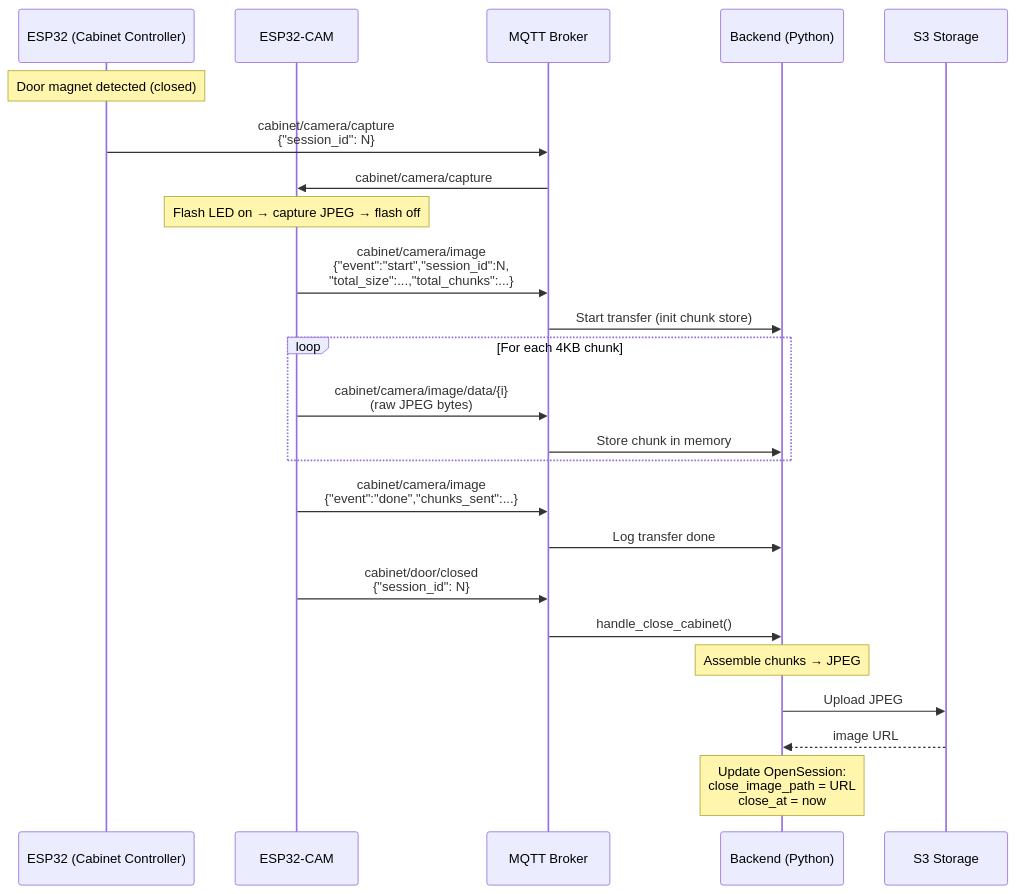
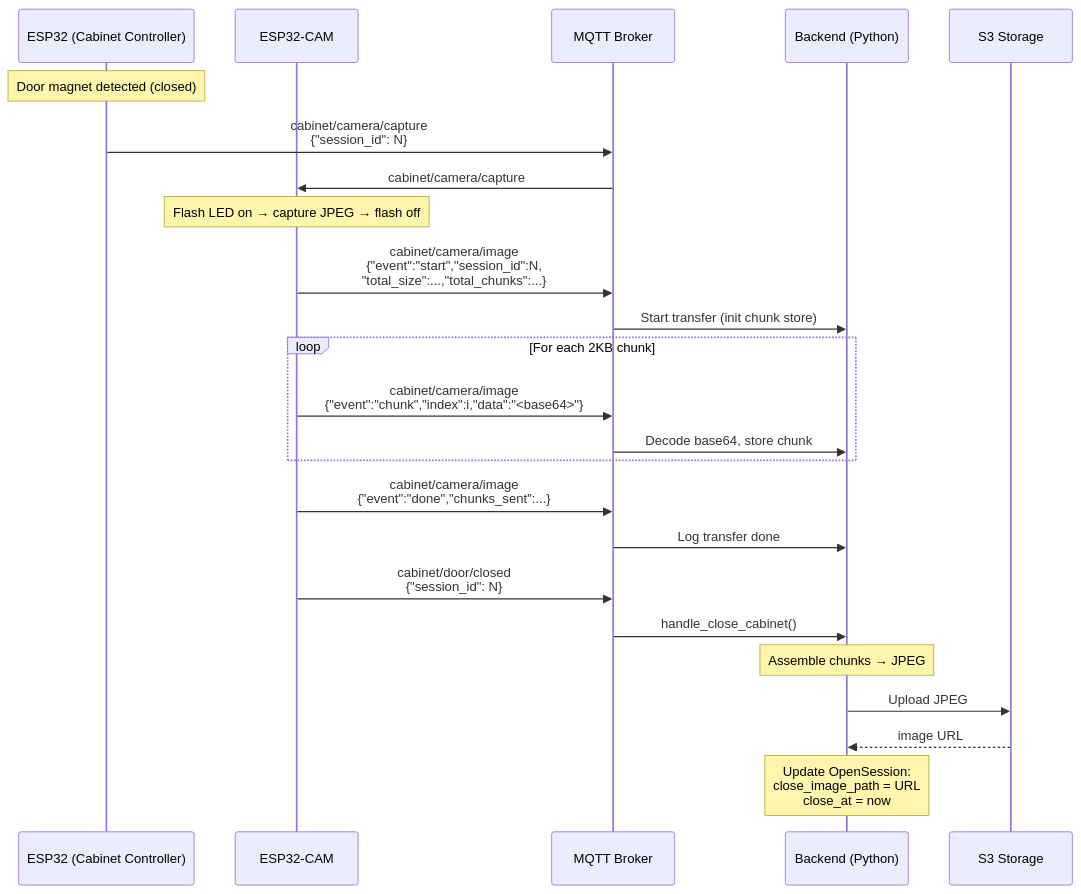
Before and after one commit to pongchanan/inventory_software: the diagram in cabinet/firmware/DOOR_CLOSE_FLOW.md, drawn with Mermaid. The commit also changed other lines of this file and 4 other files, not shown here.

````diff
--- a/cabinet/firmware/DOOR_CLOSE_FLOW.md
+++ b/cabinet/firmware/DOOR_CLOSE_FLOW.md
@@ -9,36 +9,36 @@
 ```mermaid
 sequenceDiagram
     participant ESP32 as ESP32 (Cabinet Controller)
     participant CAM as ESP32-CAM
     participant MQTT as MQTT Broker
     participant Backend as Backend (Python)
     participant S3 as S3 Storage
 
     Note over ESP32: Door magnet detected (closed)
 
     ESP32->>MQTT: cabinet/camera/capture<br/>{"session_id": N}
     MQTT->>CAM: cabinet/camera/capture
 
     Note over CAM: Flash LED on → capture JPEG → flash off
 
     CAM->>MQTT: cabinet/camera/image<br/>{"event":"start","session_id":N,<br/>"total_size":...,"total_chunks":...}
     MQTT->>Backend: Start transfer (init chunk store)
 
-    loop For each 4KB chunk
-        CAM->>MQTT: cabinet/camera/image/data/{i}<br/>(raw JPEG bytes)
-        MQTT->>Backend: Store chunk in memory
+    loop For each 2KB chunk
+        CAM->>MQTT: cabinet/camera/image<br/>{"event":"chunk","index":i,"data":"<base64>"}
+        MQTT->>Backend: Decode base64, store chunk
     end
 
     CAM->>MQTT: cabinet/camera/image<br/>{"event":"done","chunks_sent":...}
     MQTT->>Backend: Log transfer done
 
     CAM->>MQTT: cabinet/door/closed<br/>{"session_id": N}
     MQTT->>Backend: handle_close_cabinet()
 
     Note over Backend: Assemble chunks → JPEG
 
     Backend->>S3: Upload JPEG
     S3-->>Backend: image URL
 
     Note over Backend: Update OpenSession:<br/>close_image_path = URL<br/>close_at = now
 ```
````
